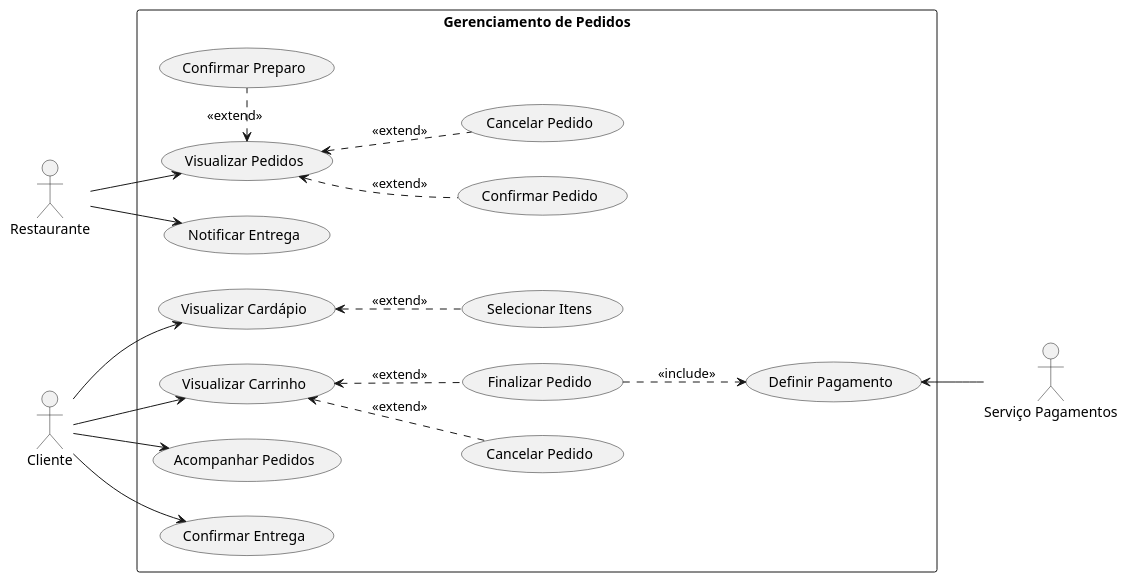
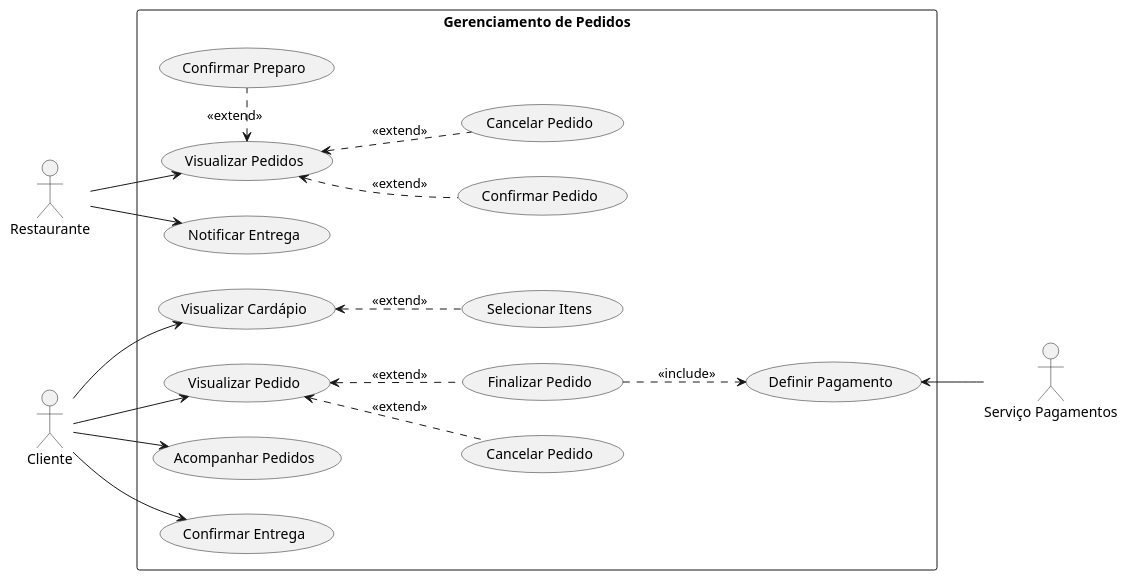
Before and after one commit to FerdinandChagas/uml_examples: the diagram in delivery/uc01_gerenciar_pedidos.iuml, drawn with PlantUML. The commit also changed 1 other file, not shown here.

```diff
--- a/delivery/uc01_gerenciar_pedidos.iuml
+++ b/delivery/uc01_gerenciar_pedidos.iuml
@@ -1,43 +1,43 @@
 @startuml "Gerenciamento de Pedidos"
 left to right direction
 :Restaurante: as restaurante
 :Cliente: as cliente
 :Serviço Pagamentos: as servico_pagamentos
 
 rectangle "Gerenciamento de Pedidos"{
     (Visualizar Cardápio) as visualizar_cardapio
-    (Visualizar Carrinho) as visualizar_carrinho
+    (Visualizar Pedido) as visualizar_pedido
     (Acompanhar Pedidos) as acompanhar_pedidos
     (Selecionar Itens) as selecionar_itens
     (Finalizar Pedido) as finalizar_pedido
     (Cancelar Pedido) as cancelar_pedido
     (Definir Pagamento) as definir_pagamento
     (Confirmar Entrega) as confirmar_entrega
 
     (Visualizar Pedidos) as visualizar_pedidos
     (Confirmar Pedido) as confirmar_pedido
     (Confirmar Preparo) as confirmar_preparo
     (Cancelar Pedido) as cancelar_meu_pedido
     (Notificar Entrega) as notificar_entrega
 }
 
 cliente --> visualizar_cardapio
-cliente --> visualizar_carrinho
+cliente --> visualizar_pedido
 cliente --> acompanhar_pedidos
 cliente --> confirmar_entrega
 
 visualizar_cardapio <.. selecionar_itens: <<extend>> 
-visualizar_carrinho <.. finalizar_pedido: <<extend>>
-visualizar_carrinho <.. cancelar_meu_pedido: <<extend>>
+visualizar_pedido <.. finalizar_pedido: <<extend>>
+visualizar_pedido <.. cancelar_meu_pedido: <<extend>>
 finalizar_pedido ..> definir_pagamento: <<include>>
 
 
 restaurante --> visualizar_pedidos
 restaurante --> notificar_entrega
 visualizar_pedidos <.. confirmar_pedido: <<extend>>
 visualizar_pedidos <.. cancelar_pedido: <<extend>>
 visualizar_pedidos <.right. confirmar_preparo: <<extend>>
 
 servico_pagamentos -up-> definir_pagamento
 
 @enduml
```
